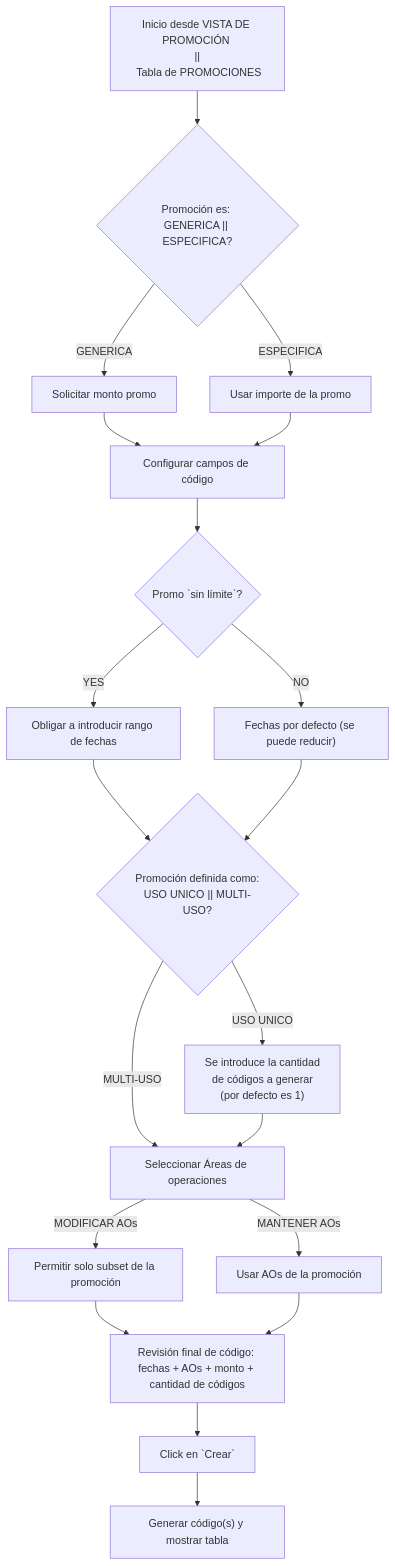
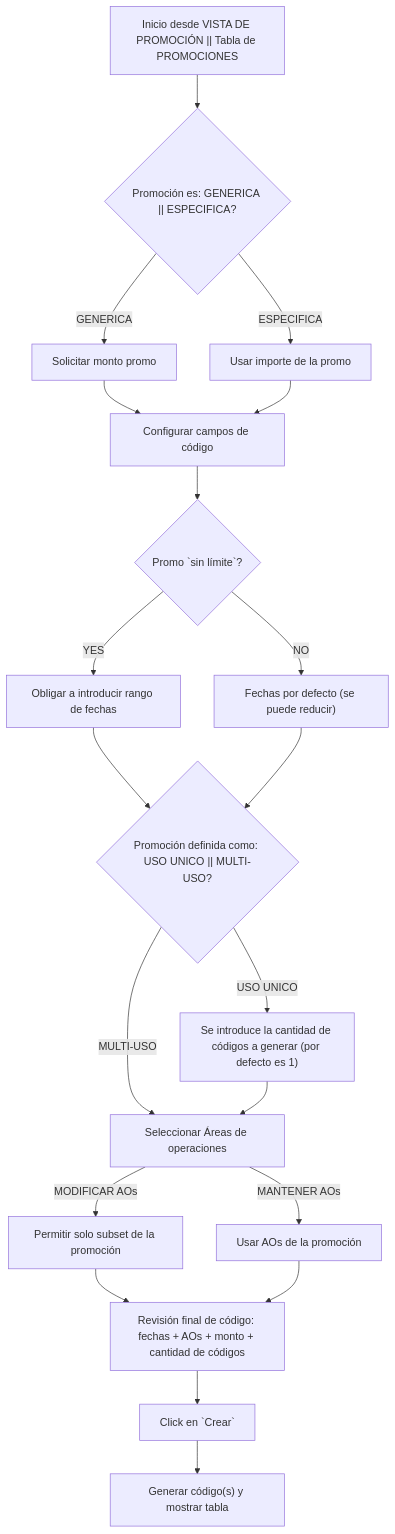
One commit to heberzip/erp-promociones changed the diagram in Promociones --- crear code.md. Above: the diagram before and after it, drawn with Mermaid.

Commit message:
Update Promociones --- crear code.md

````diff
--- a/Promociones --- crear code.md
+++ b/Promociones --- crear code.md
@@ -2,36 +2,36 @@
 ```mermaid
 flowchart TD
-	inicio["Inicio desde VISTA DE PROMOCIÓN \n||\n Tabla de PROMOCIONES"]
-	inicio --> tipoPromo{"Promoción es: \nGENERICA || ESPECIFICA?"}
+	inicio["Inicio desde VISTA DE PROMOCIÓN || Tabla de PROMOCIONES"]
+	inicio --> tipoPromo{"Promoción es: GENERICA || ESPECIFICA?"}
 	tipoPromo --> |GENERICA| genPath[Solicitar monto promo]
 	tipoPromo --> |ESPECIFICA| espPath[Usar importe de la promo]
 
 	genPath --> configCommon
 	espPath --> configCommon
 
 	configCommon[Configurar campos de código]
 	configCommon --> fechasCheck{"Promo `sin límite`?"}
 
 	fechasCheck --> |YES| pedirFechas[Obligar a introducir rango de fechas]
 	fechasCheck --> |NO| usarFechasPromo["Fechas por defecto (se puede reducir)"]
 
 	pedirFechas --> frecuenciaCheck
 	usarFechasPromo --> frecuenciaCheck
 
-	frecuenciaCheck{"Promoción definida como:\nUSO UNICO || MULTI-USO?"}
+	frecuenciaCheck{"Promoción definida como: USO UNICO || MULTI-USO?"}
 	frecuenciaCheck --> |MULTI-USO| aoCheck
-	frecuenciaCheck --> |USO UNICO| numCodes["Se introduce la cantidad\nde códigos a generar\n(por defecto es 1)"]
+	frecuenciaCheck --> |USO UNICO| numCodes["Se introduce la cantidad de códigos a generar (por defecto es 1)"]
 
 	numCodes --> aoCheck
 
 	aoCheck[Seleccionar Áreas de operaciones]
 	aoCheck -->|MODIFICAR AOs| restringirAOs[Permitir solo subset de la promoción]
 	aoCheck -->|MANTENER AOs| mantenerAOs[Usar AOs de la promoción]
 
 	restringirAOs --> resumen
 	mantenerAOs --> resumen
 
 	resumen[Revisión final de código: fechas + AOs + monto + cantidad de códigos]
 	resumen --> crearBtn["Click en `Crear`"]
 	crearBtn --> resultado["Generar código(s) y mostrar tabla"]
 ```
````
